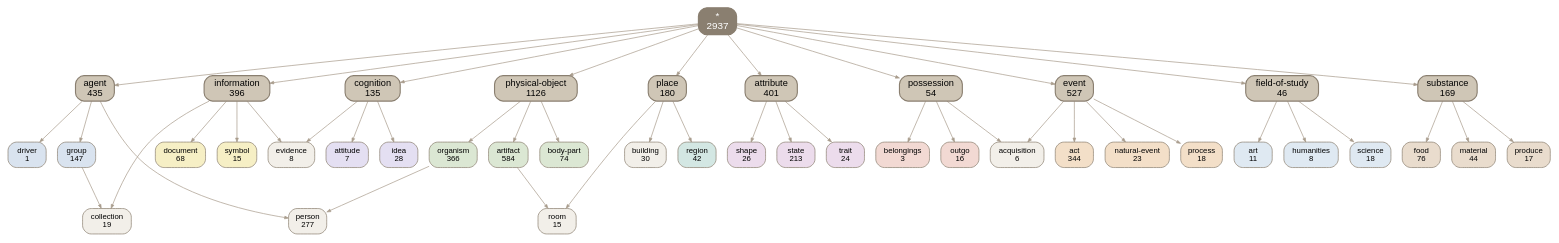
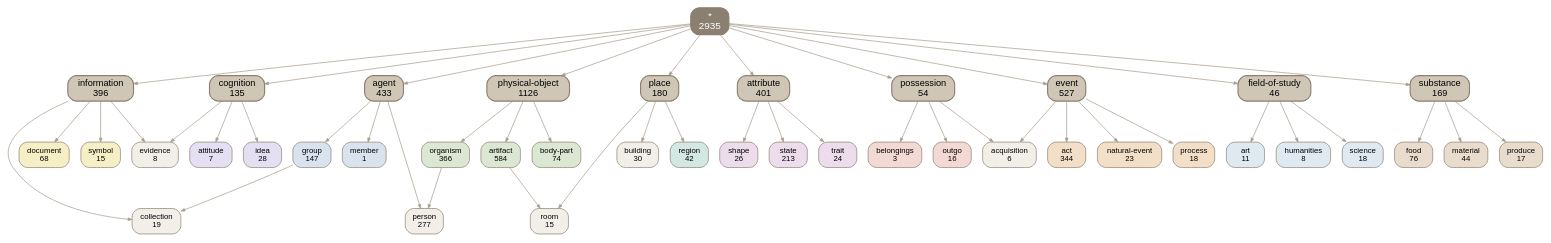
The diagram in docs/img/top.dot (petfold/ontodag-core), drawn with Graphviz before and after one commit. The commit also changed 15 other files, not shown here.

Commit message:
driver under person (Peter); root renamed plant-root

```diff
--- a/docs/img/top.dot
+++ b/docs/img/top.dot
@@ -1,92 +1,92 @@
 digraph core {
   root="*"; rankdir=TB; ranksep=0.8; nodesep=0.22; splines=true; outputorder=edgesfirst;
   node [shape=box, style="rounded,filled", color="#8a7f70", fontname=Helvetica, fontsize=11];
   edge [color="#a89c8c", arrowsize=0.55];
-  "*" [label="*\n2937" fillcolor="#8a7f70" fontcolor="white" fontsize=14 penwidth=1.6];
+  "*" [label="*\n2935" fillcolor="#8a7f70" fontcolor="white" fontsize=14 penwidth=1.6];
   "*" -> "agent";
   "*" -> "attribute";
   "*" -> "cognition";
   "*" -> "event";
   "*" -> "field-of-study";
   "*" -> "information";
   "*" -> "physical-object";
   "*" -> "place";
   "*" -> "possession";
   "*" -> "substance";
   "acquisition" [label="acquisition\n6" fillcolor="#f2efe9"];
   "act" [label="act\n344" fillcolor="#f3dfc8"];
-  "agent" [label="agent\n435" fillcolor="#cfc6b6" fontsize=13 penwidth=1.6];
+  "agent" [label="agent\n433" fillcolor="#cfc6b6" fontsize=13 penwidth=1.6];
   "art" [label="art\n11" fillcolor="#dfe9f2"];
   "artifact" [label="artifact\n584" fillcolor="#dbe7d3"];
   "attitude" [label="attitude\n7" fillcolor="#e4dff2"];
   "attribute" [label="attribute\n401" fillcolor="#cfc6b6" fontsize=13 penwidth=1.6];
   "belongings" [label="belongings\n3" fillcolor="#f2d9d3"];
   "body-part" [label="body-part\n74" fillcolor="#dbe7d3"];
   "building" [label="building\n30" fillcolor="#f2efe9"];
   "cognition" [label="cognition\n135" fillcolor="#cfc6b6" fontsize=13 penwidth=1.6];
   "collection" [label="collection\n19" fillcolor="#f2efe9"];
   "document" [label="document\n68" fillcolor="#f6efc5"];
-  "driver" [label="driver\n1" fillcolor="#d9e3ef"];
   "event" [label="event\n527" fillcolor="#cfc6b6" fontsize=13 penwidth=1.6];
   "evidence" [label="evidence\n8" fillcolor="#f2efe9"];
   "field-of-study" [label="field-of-study\n46" fillcolor="#cfc6b6" fontsize=13 penwidth=1.6];
   "food" [label="food\n76" fillcolor="#e9dccd"];
   "group" [label="group\n147" fillcolor="#d9e3ef"];
   "humanities" [label="humanities\n8" fillcolor="#dfe9f2"];
   "idea" [label="idea\n28" fillcolor="#e4dff2"];
   "information" [label="information\n396" fillcolor="#cfc6b6" fontsize=13 penwidth=1.6];
   "material" [label="material\n44" fillcolor="#e9dccd"];
+  "member" [label="member\n1" fillcolor="#d9e3ef"];
   "natural-event" [label="natural-event\n23" fillcolor="#f3dfc8"];
   "organism" [label="organism\n366" fillcolor="#dbe7d3"];
   "outgo" [label="outgo\n16" fillcolor="#f2d9d3"];
   "person" [label="person\n277" fillcolor="#f2efe9"];
   "physical-object" [label="physical-object\n1126" fillcolor="#cfc6b6" fontsize=13 penwidth=1.6];
   "place" [label="place\n180" fillcolor="#cfc6b6" fontsize=13 penwidth=1.6];
   "possession" [label="possession\n54" fillcolor="#cfc6b6" fontsize=13 penwidth=1.6];
   "process" [label="process\n18" fillcolor="#f3dfc8"];
   "produce" [label="produce\n17" fillcolor="#e9dccd"];
   "region" [label="region\n42" fillcolor="#d3e7e3"];
   "room" [label="room\n15" fillcolor="#f2efe9"];
   "science" [label="science\n18" fillcolor="#dfe9f2"];
   "shape" [label="shape\n26" fillcolor="#ecdcec"];
   "state" [label="state\n213" fillcolor="#ecdcec"];
   "substance" [label="substance\n169" fillcolor="#cfc6b6" fontsize=13 penwidth=1.6];
   "symbol" [label="symbol\n15" fillcolor="#f6efc5"];
   "trait" [label="trait\n24" fillcolor="#ecdcec"];
   { rank=same; "agent" "attribute" "cognition" "event" "field-of-study" "information" "physical-object" "place" "possession" "substance" }
+  "substance" -> "material";
+  "attribute" -> "state";
+  "cognition" -> "idea";
+  "cognition" -> "attitude";
+  "event" -> "act";
+  "attribute" -> "shape";
+  "artifact" -> "room";
+  "place" -> "room";
+  "information" -> "symbol";
+  "physical-object" -> "artifact";
+  "event" -> "process";
+  "field-of-study" -> "art";
+  "event" -> "acquisition";
+  "possession" -> "acquisition";
+  "agent" -> "person";
+  "organism" -> "person";
+  "field-of-study" -> "science";
+  "agent" -> "group";
+  "physical-object" -> "organism";
+  "field-of-study" -> "humanities";
+  "group" -> "collection";
+  "information" -> "collection";
+  "physical-object" -> "body-part";
+  "agent" -> "member";
+  "substance" -> "food";
+  "place" -> "region";
+  "attribute" -> "trait";
+  "possession" -> "belongings";
+  "information" -> "document";
+  "possession" -> "outgo";
+  "substance" -> "produce";
   "event" -> "natural-event";
-  "field-of-study" -> "art";
-  "physical-object" -> "body-part";
-  "agent" -> "group";
-  "substance" -> "food";
-  "attribute" -> "trait";
   "cognition" -> "evidence";
   "information" -> "evidence";
-  "cognition" -> "attitude";
-  "possession" -> "belongings";
-  "attribute" -> "state";
-  "field-of-study" -> "science";
-  "event" -> "acquisition";
-  "possession" -> "acquisition";
-  "agent" -> "driver";
-  "substance" -> "produce";
-  "attribute" -> "shape";
-  "field-of-study" -> "humanities";
-  "event" -> "process";
-  "group" -> "collection";
-  "information" -> "collection";
-  "agent" -> "person";
-  "organism" -> "person";
   "place" -> "building";
-  "event" -> "act";
-  "substance" -> "material";
-  "physical-object" -> "artifact";
-  "possession" -> "outgo";
-  "information" -> "document";
-  "information" -> "symbol";
-  "cognition" -> "idea";
-  "artifact" -> "room";
-  "place" -> "room";
-  "physical-object" -> "organism";
-  "place" -> "region";
 }
```
